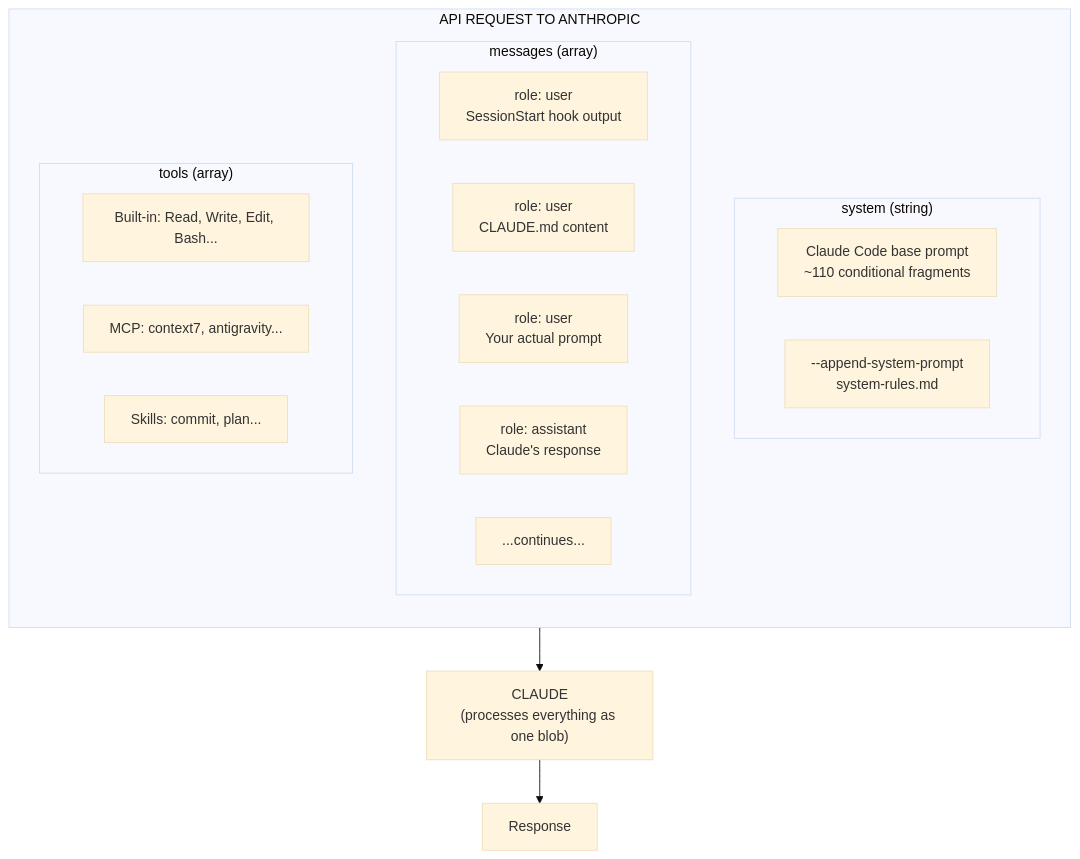
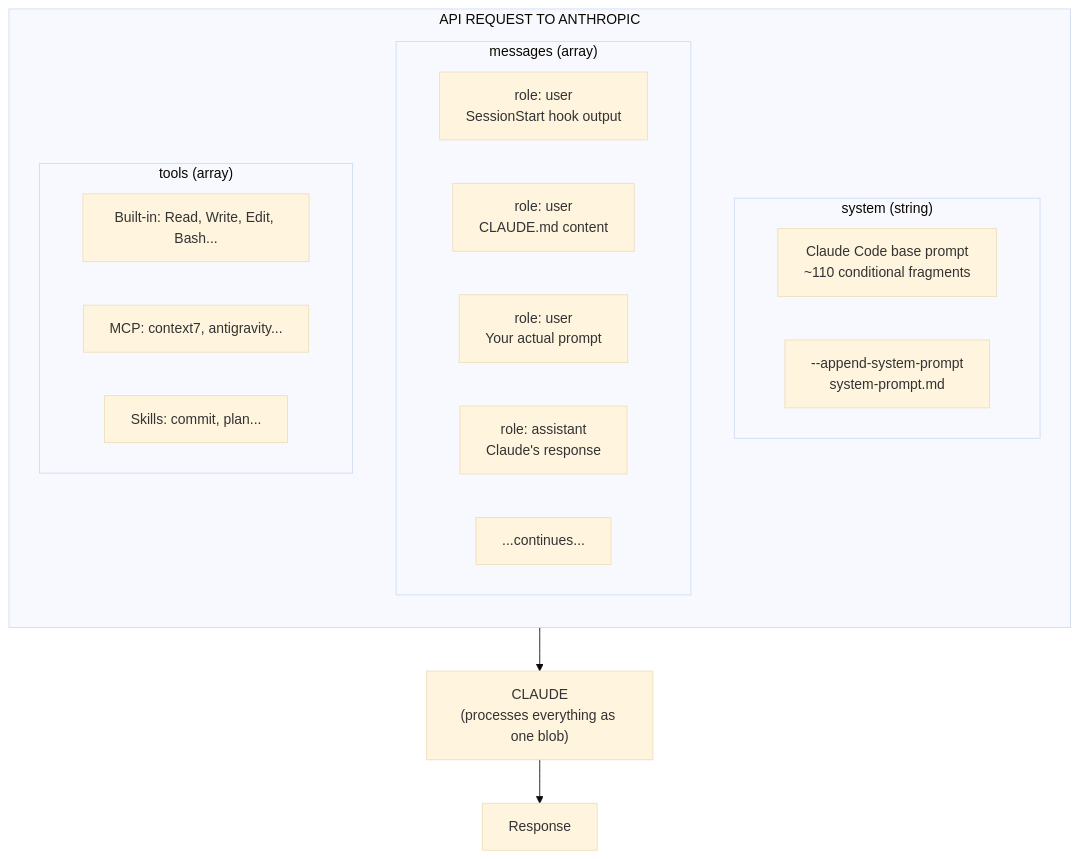
One commit to LuisLadino/claude-dev-framework changed the first of 7 diagrams in .claude/docs/how-claude-receives-data.md. Above: the diagram before and after it, drawn with Mermaid (base theme). The commit also changed other lines of this file and 6 other files, not shown here.

````diff
--- a/.claude/docs/how-claude-receives-data.md
+++ b/.claude/docs/how-claude-receives-data.md
@@ -85,28 +85,28 @@
 ```mermaid
 flowchart TB
     subgraph Request["API REQUEST TO ANTHROPIC"]
         direction TB
 
         subgraph System["system (string)"]
             S1["Claude Code base prompt<br/>~110 conditional fragments"]
-            S2["--append-system-prompt<br/>system-rules.md"]
+            S2["--append-system-prompt<br/>system-prompt.md"]
         end
 
         subgraph Messages["messages (array)"]
             M1["role: user<br/>SessionStart hook output"]
             M2["role: user<br/>CLAUDE.md content"]
             M3["role: user<br/>Your actual prompt"]
             M4["role: assistant<br/>Claude's response"]
             M5["...continues..."]
         end
 
         subgraph Tools["tools (array)"]
             T1["Built-in: Read, Write, Edit, Bash..."]
             T2["MCP: context7, antigravity..."]
             T3["Skills: commit, plan..."]
         end
     end
 
     Request --> Claude["CLAUDE<br/>(processes everything as one blob)"]
     Claude --> Response["Response"]
 ```
````
